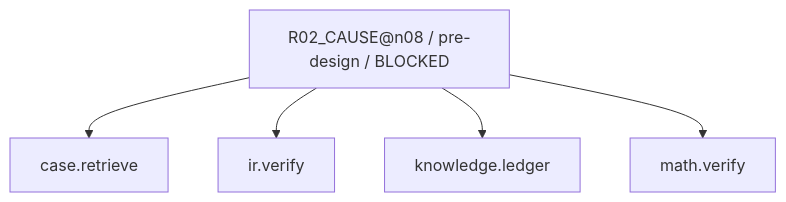
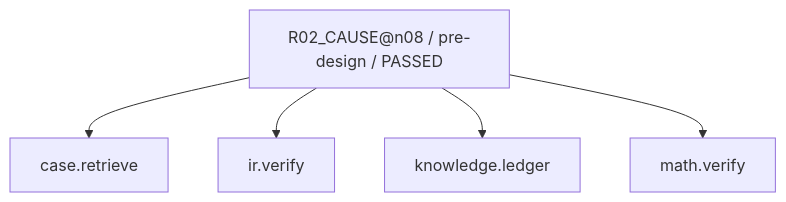
One commit to rrikunagasige-dot/kyotsu-step-web changed the second of 17 diagrams in work/items/W-MATH-037-n08-workflow-trial/generated/CAPABILITY_FIRE_DIAGRAM.md. Above: the diagram before and after it, drawn with Mermaid. The commit also changed other lines of this file and 348 other files, not shown here.

````diff
--- a/work/items/W-MATH-037-n08-workflow-trial/generated/CAPABILITY_FIRE_DIAGRAM.md
+++ b/work/items/W-MATH-037-n08-workflow-trial/generated/CAPABILITY_FIRE_DIAGRAM.md
@@ -24,12 +24,12 @@
 ```mermaid
 flowchart TD
-  N0["R02_CAUSE@n08 / pre-design / BLOCKED"]
+  N0["R02_CAUSE@n08 / pre-design / PASSED"]
   N1["case.retrieve"]
   N2["knowledge.ledger"]
   N3["math.verify"]
   N4["ir.verify"]
   N0 --> N1
   N0 --> N4
   N0 --> N2
   N0 --> N3
 ```
````
